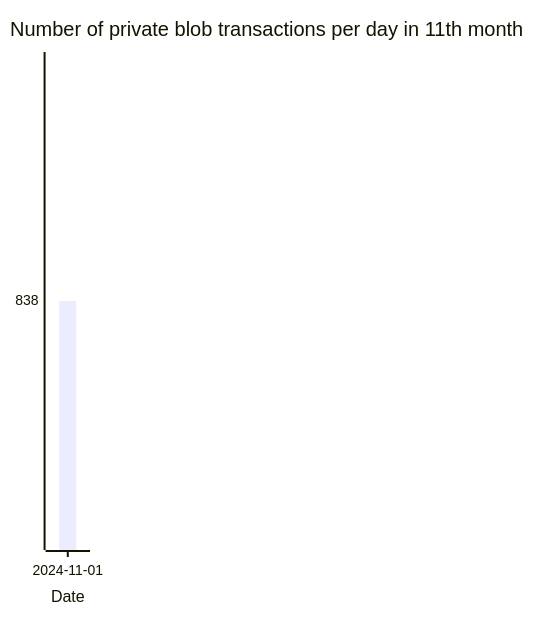
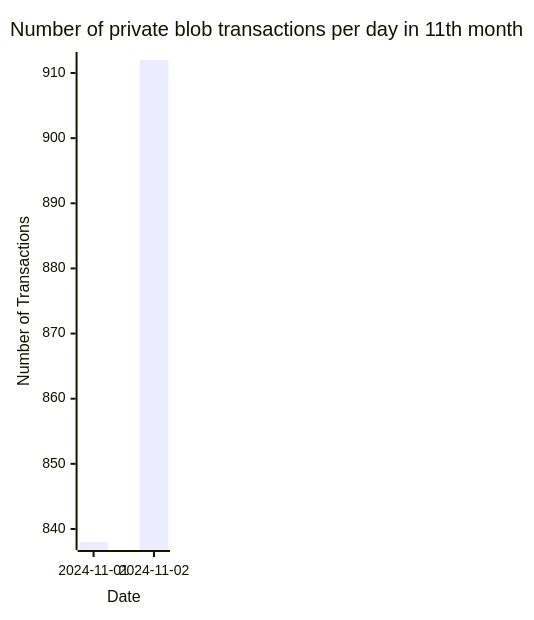
The ninth of 9 diagrams in README.md (Amit0617/eip4844-data), drawn with Mermaid before and after one commit. The commit also changed 1 other file, not shown here.

````diff
--- a/README.md
+++ b/README.md
@@ -105,12 +105,12 @@
 ```mermaid
 ---
 config:
     xyChart:
-        width: 80
+        width: 160
         height: 600
 ---
 xychart-beta title "Number of private blob transactions per day in 11th month"
-x-axis "Date" [2024-11-01]
+x-axis "Date" [2024-11-01,2024-11-02]
 y-axis "Number of Transactions"
-bar[838]
+bar[838,912]
 ```
````
